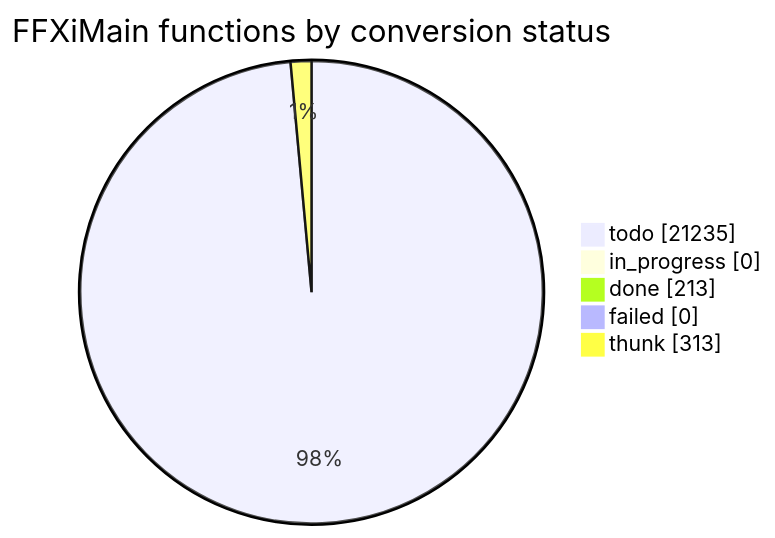
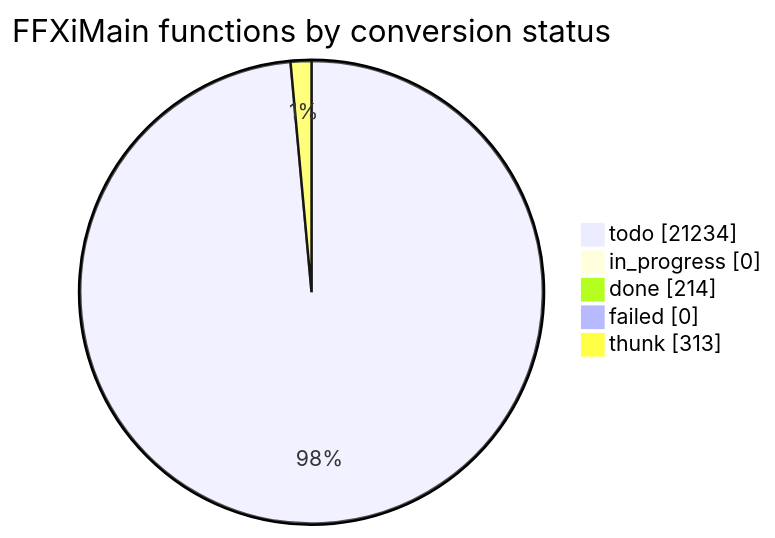
The diagram in docs/cow/STATUS.md (cowrevenge/cow_kuluu_xi_anything), drawn with Mermaid before and after one commit. The commit also changed other lines of this file and 9 other files, not shown here.

````diff
--- a/docs/cow/STATUS.md
+++ b/docs/cow/STATUS.md
@@ -18,9 +18,9 @@
 ```mermaid
 pie showData
     title FFXiMain functions by conversion status
-    "todo" : 21235
+    "todo" : 21234
     "in_progress" : 0
-    "done" : 213
+    "done" : 214
     "failed" : 0
     "thunk" : 313
 ```
````
